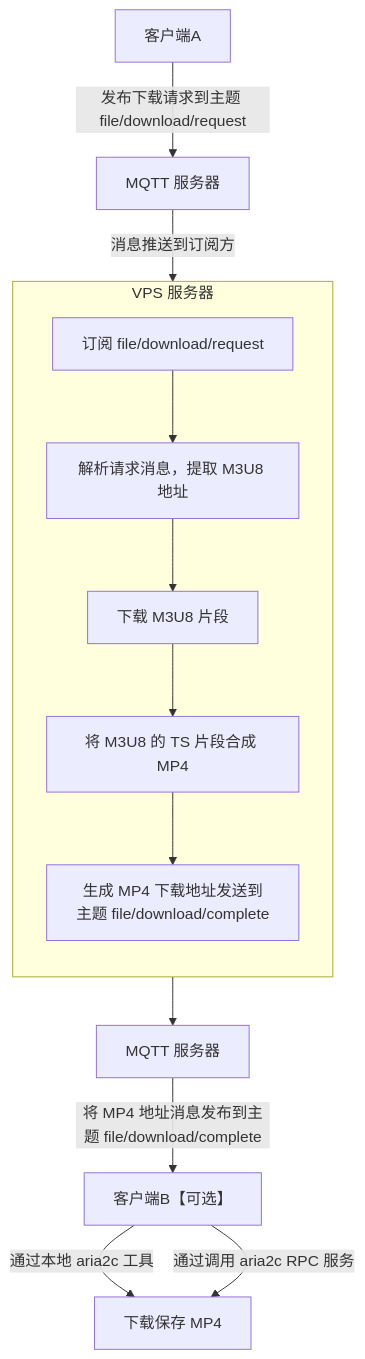
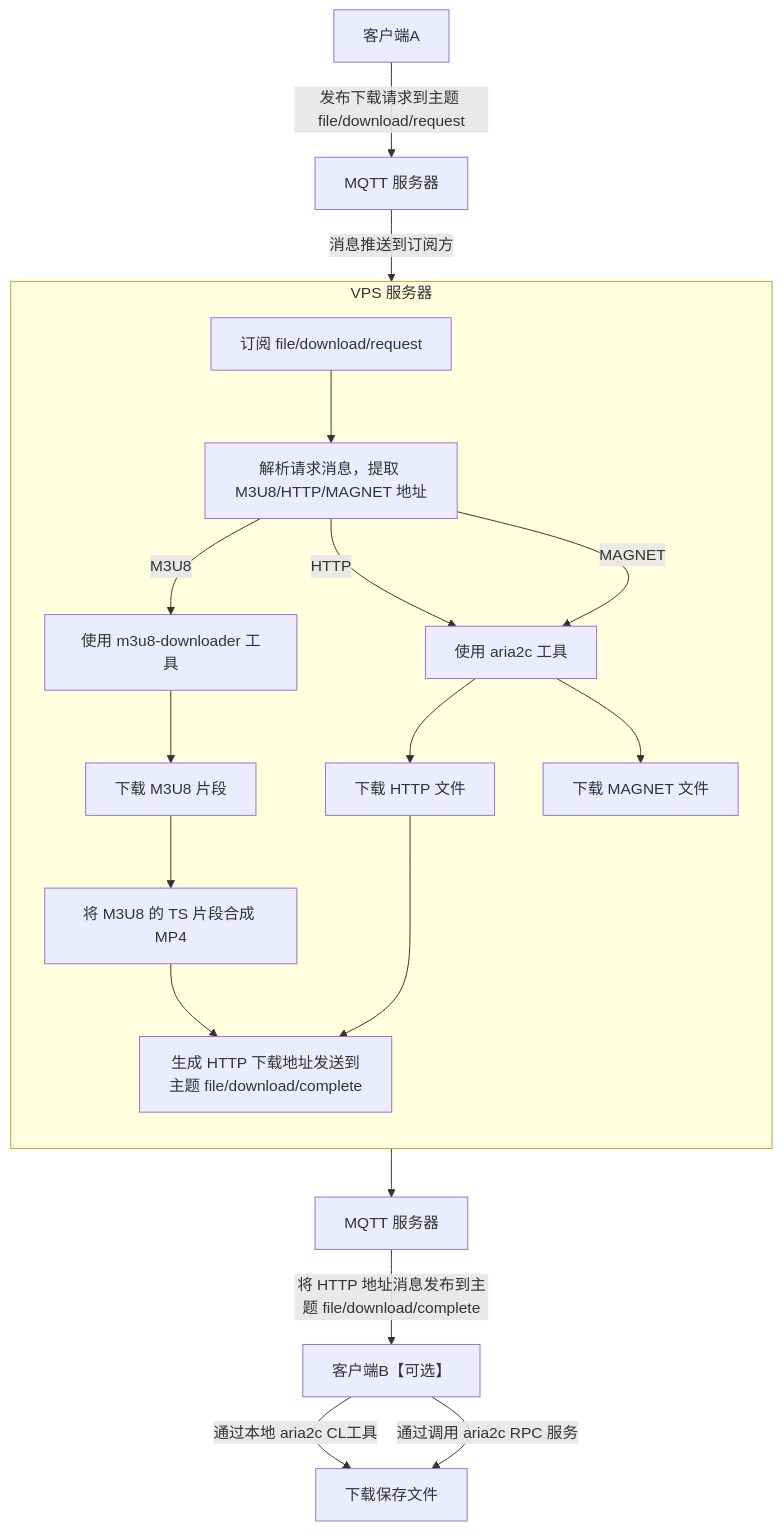
Before and after one commit to idev-sig/file-downloader: the diagram in README.md, drawn with Mermaid. The commit also changed other lines of this file, not shown here.

Commit message:
docs: 更新 mermaid 作图文件

````diff
--- a/README.md
+++ b/README.md
@@ -157,20 +157,28 @@
 ```mermaid
 flowchart TD
     A[客户端A] -- 发布下载请求到主题 file/download/request --> M[MQTT 服务器]
     subgraph VPS 服务器
-      direction TB
-      S1[订阅 file/download/request]
-      S2[解析请求消息，提取 M3U8 地址]
-      S3[下载 M3U8 片段]
-      S4[将 M3U8 的 TS 片段合成 MP4]
-      S5[生成 MP4 下载地址发送到主题 file/download/complete]
-      S1 --> S2 --> S3 --> S4 --> S5
+        direction TB
+        S1[订阅 file/download/request]
+        S2[解析请求消息，提取 M3U8/HTTP/MAGNET 地址]
+        S3[使用 m3u8-downloader 工具]
+        S4[下载 M3U8 片段]
+        S5[将 M3U8 的 TS 片段合成 MP4]
+        S6[生成 HTTP 下载地址发送到主题 file/download/complete]
+        S7[下载 HTTP 文件]
+        S8[下载 MAGNET 文件]
+        S9[使用 aria2c 工具]
+        
+        S1 --> S2
+        S2 -->|M3U8| S3 --> S4 --> S5 --> S6
+        S2 -->|HTTP| S9 --> S7 --> S6
+        S2 -->|MAGNET| S9 --> S8
     end
     M -- 消息推送到订阅方 --> S1
 
-    S5 --> M2[MQTT 服务器]
+    S6 --> M2[MQTT 服务器]
 
-    M2 -- 将 MP4 地址消息发布到主题 file/download/complete --> B[客户端B【可选】]
-    B -- 通过本地 aria2c 工具--> L[下载保存 MP4]
+    M2 -- 将 HTTP 地址消息发布到主题 file/download/complete --> B[客户端B【可选】]
+    B -- 通过本地 aria2c CL工具--> L[下载保存文件]
     B -- 通过调用 aria2c RPC 服务 --> L
 ```
````
